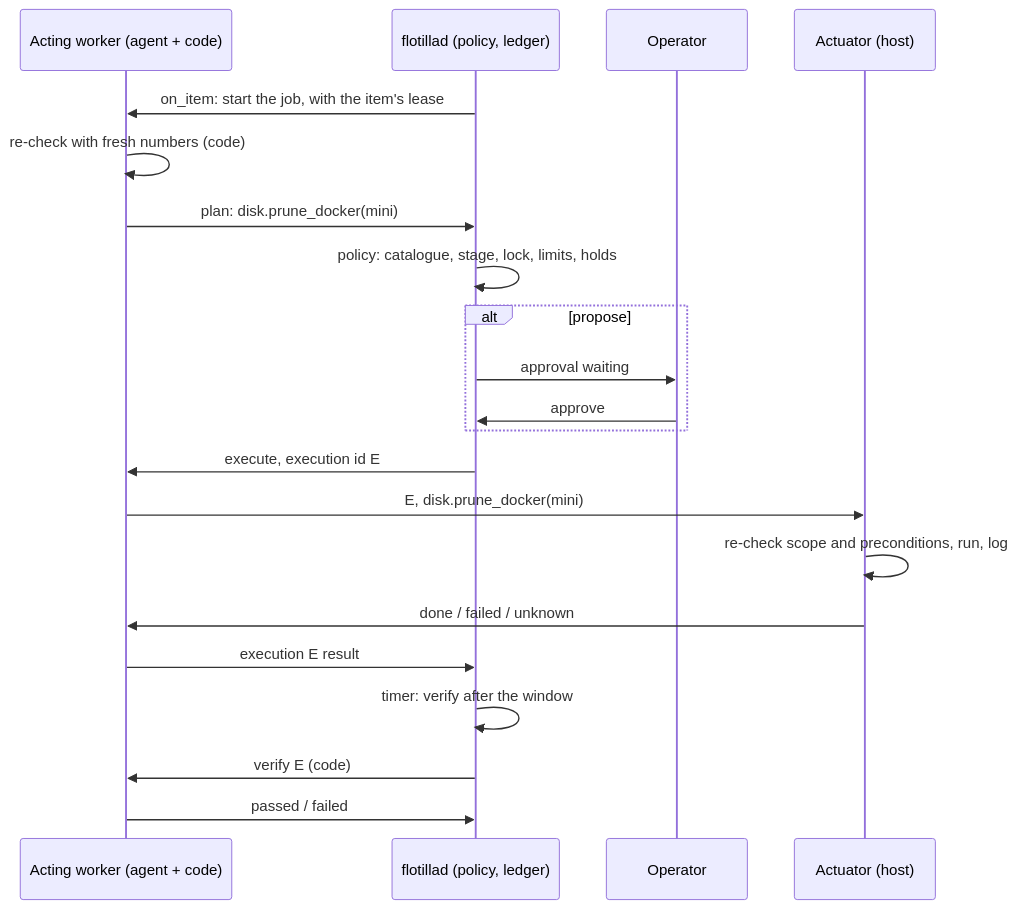
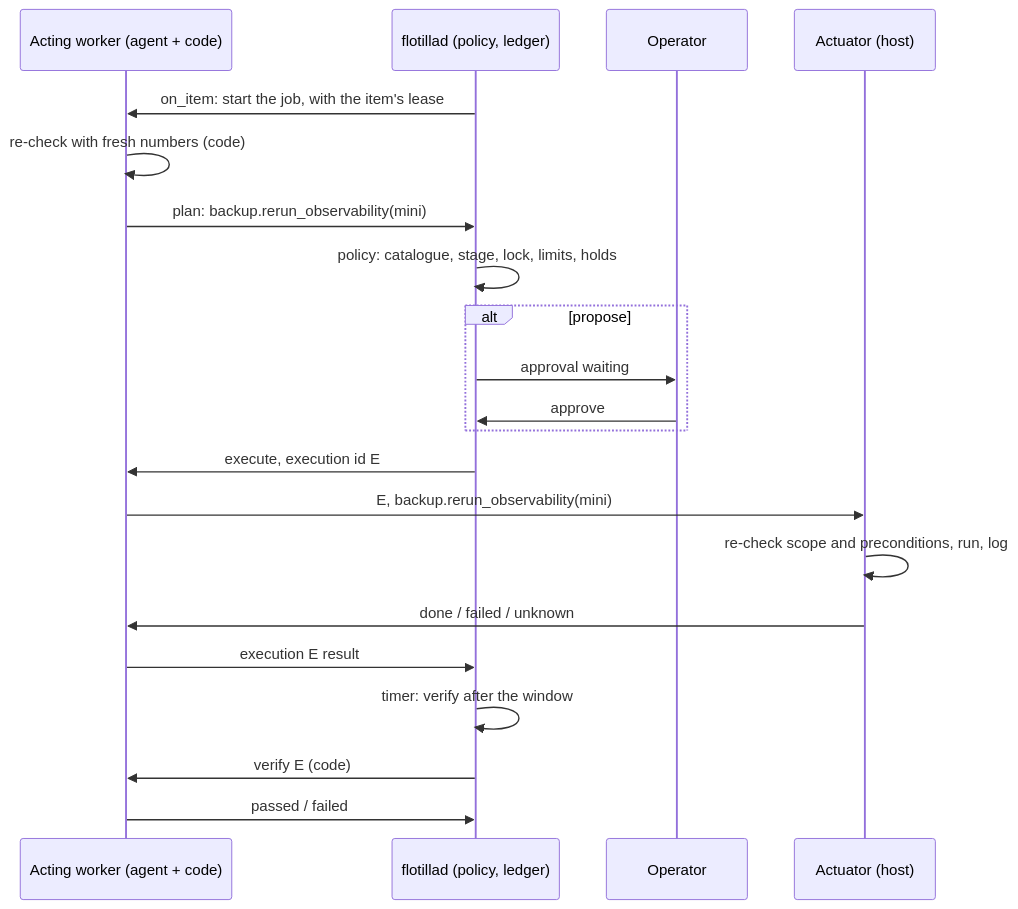
One commit to chipi/flotilla changed the second of 9 diagrams in docs/rfc/RFC-0004-agent-pipeline.md. Above: the diagram before and after it, drawn with Mermaid. The commit also changed other lines of this file, not shown here.

````diff
--- a/docs/rfc/RFC-0004-agent-pipeline.md
+++ b/docs/rfc/RFC-0004-agent-pipeline.md
@@ -214,23 +237,23 @@
 ```mermaid
 sequenceDiagram
     participant A as Acting worker (agent + code)
     participant F as flotillad (policy, ledger)
     participant Op as Operator
     participant X as Actuator (host)
     F->>A: on_item: start the job, with the item's lease
     A->>A: re-check with fresh numbers (code)
-    A->>F: plan: disk.prune_docker(mini)
+    A->>F: plan: backup.rerun_observability(mini)
     F->>F: policy: catalogue, stage, lock, limits, holds
     alt propose
         F->>Op: approval waiting
         Op->>F: approve
     end
     F->>A: execute, execution id E
-    A->>X: E, disk.prune_docker(mini)
+    A->>X: E, backup.rerun_observability(mini)
     X->>X: re-check scope and preconditions, run, log
     X->>A: done / failed / unknown
     A->>F: execution E result
     F->>F: timer: verify after the window
     F->>A: verify E (code)
     A->>F: passed / failed
 ```
````
